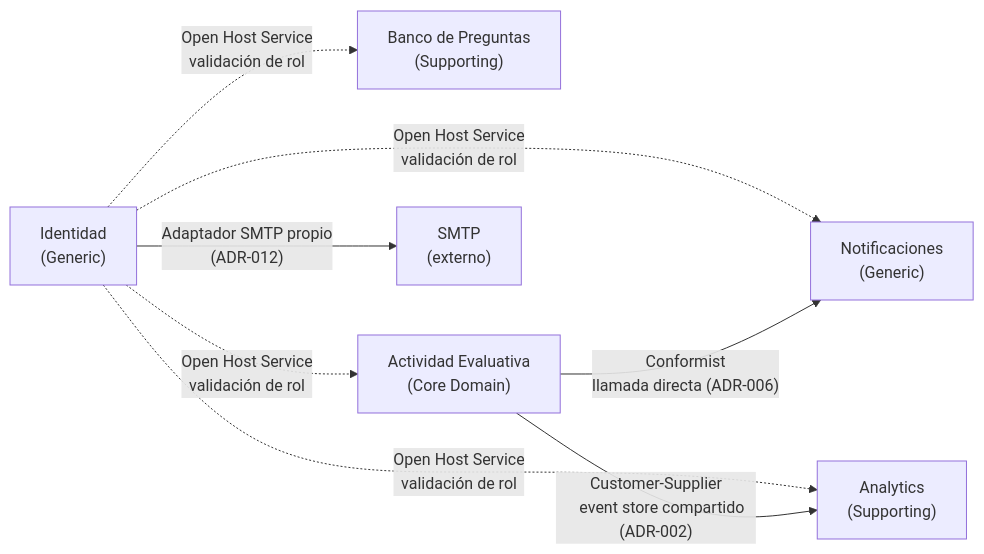
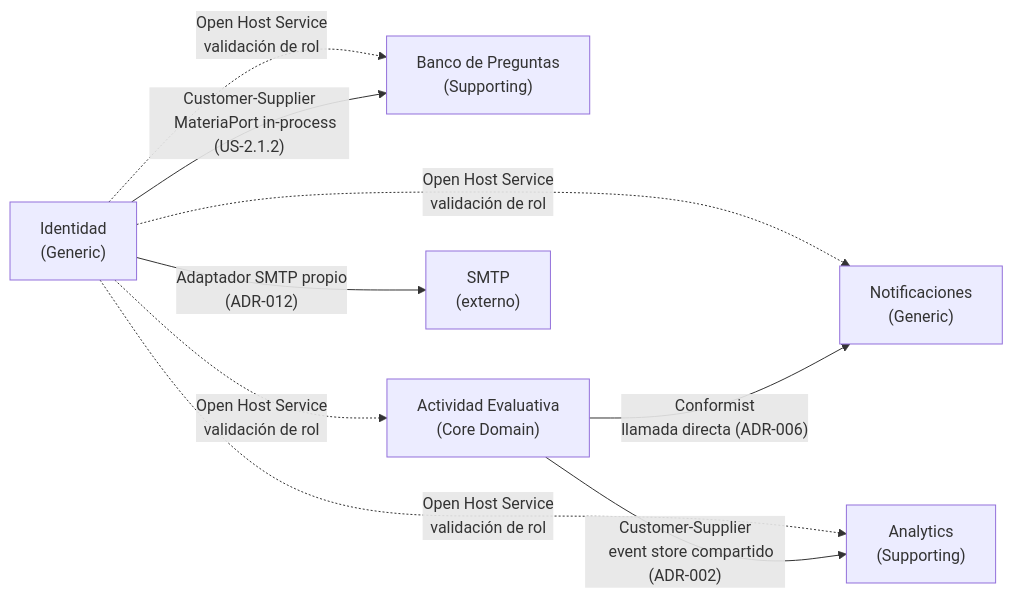
Before and after one commit to vvalotto/cognion: the diagram in docs/architecture/20-context-map-integrations.md, drawn with Mermaid. The commit also changed other lines of this file and 11 other files, not shown here.

````diff
--- a/docs/architecture/20-context-map-integrations.md
+++ b/docs/architecture/20-context-map-integrations.md
@@ -57,32 +59,35 @@
 ```mermaid
 flowchart LR
     identidad["Identidad
     (Generic)"]
     banco["Banco de Preguntas
     (Supporting)"]
     actividad["Actividad Evaluativa
     (Core Domain)"]
     analytics["Analytics
     (Supporting)"]
     notificaciones["Notificaciones
     (Generic)"]
     smtp["SMTP
     (externo)"]
 
     identidad -.->|"Open Host Service
     validación de rol"| banco
     identidad -.->|"Open Host Service
     validación de rol"| actividad
     identidad -.->|"Open Host Service
     validación de rol"| analytics
     identidad -.->|"Open Host Service
     validación de rol"| notificaciones
 
+    identidad -->|"Customer-Supplier
+    MateriaPort in-process (US-2.1.2)"| banco
+
     actividad -->|"Conformist
     llamada directa (ADR-006)"| notificaciones
     actividad -->|"Customer-Supplier
     event store compartido (ADR-002)"| analytics
 
     identidad -->|"Adaptador SMTP propio
     (ADR-012)"| smtp
 ```
````
